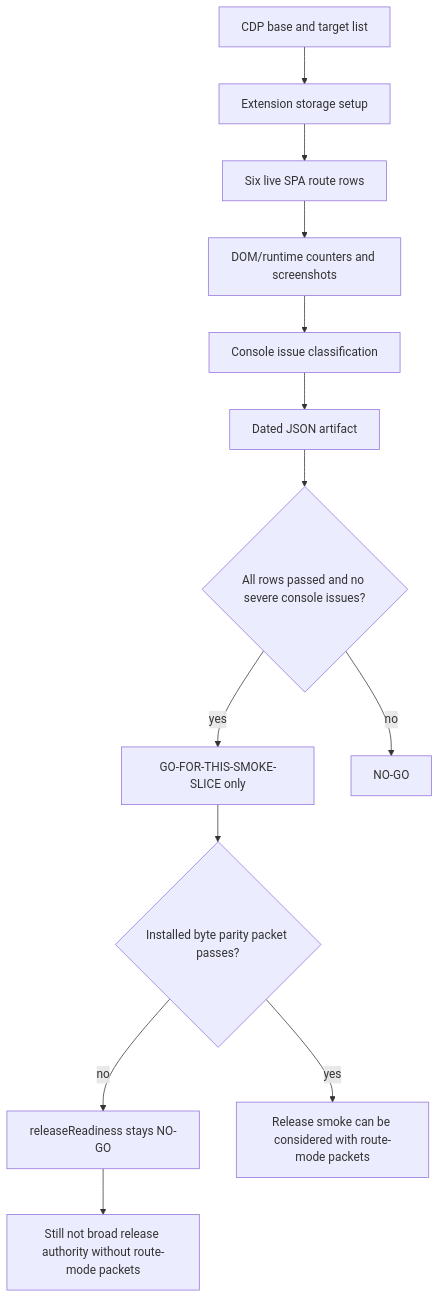
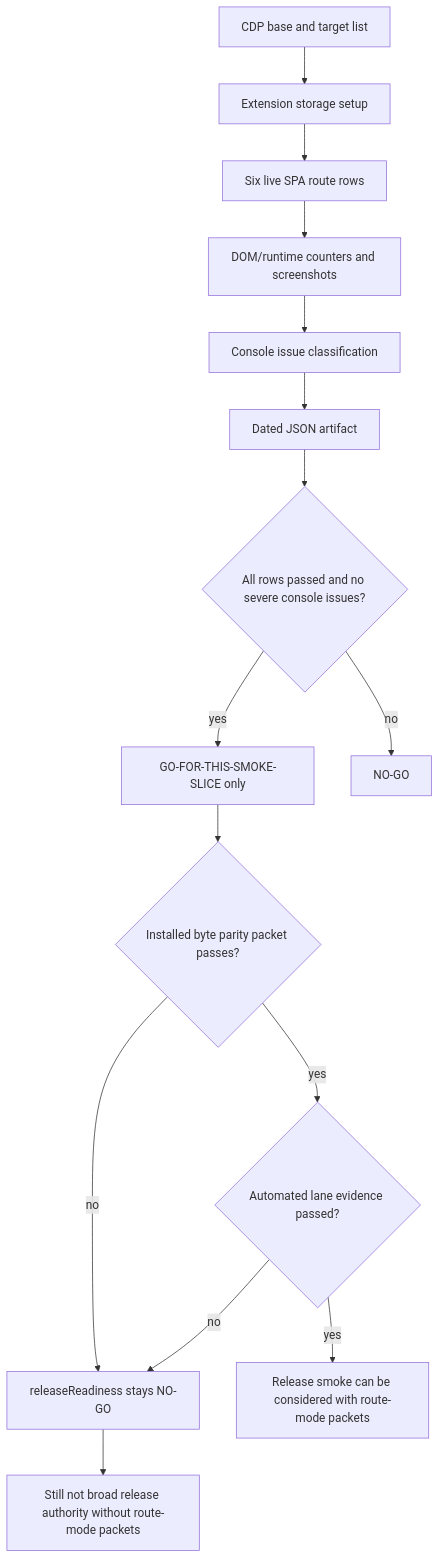
The diagram in docs/audit/FILTERTUBE_RELEASE_LIVE_YOUTUBE_SPA_SMOKE_BOUNDARY_CURRENT_BEHAVIOR_2026-05-25.md (varshneydevansh/FilterTube), drawn with Mermaid before and after one commit. The commit also changed other lines of this file and 9 other files, not shown here.

Commit message:
test: require live smoke lane evidence

````diff
--- a/docs/audit/FILTERTUBE_RELEASE_LIVE_YOUTUBE_SPA_SMOKE_BOUNDARY_CURRENT_BEHAVIOR_2026-05-25.md
+++ b/docs/audit/FILTERTUBE_RELEASE_LIVE_YOUTUBE_SPA_SMOKE_BOUNDARY_CURRENT_BEHAVIOR_2026-05-25.md
@@ -166,15 +170,17 @@
 ```mermaid
 flowchart TD
   A["CDP base and target list"] --> B["Extension storage setup"]
   B --> C["Six live SPA route rows"]
   C --> D["DOM/runtime counters and screenshots"]
   D --> E["Console issue classification"]
   E --> F["Dated JSON artifact"]
   F --> G{"All rows passed and no severe console issues?"}
   G -->|yes| H["GO-FOR-THIS-SMOKE-SLICE only"]
   G -->|no| I["NO-GO"]
   H --> J{"Installed byte parity packet passes?"}
   J -->|no| K["releaseReadiness stays NO-GO"]
-  J -->|yes| L["Release smoke can be considered with route-mode packets"]
+  J -->|yes| L{"Automated lane evidence passed?"}
+  L -->|no| K
+  L -->|yes| N["Release smoke can be considered with route-mode packets"]
   K --> M["Still not broad release authority without route-mode packets"]
 ```
````
